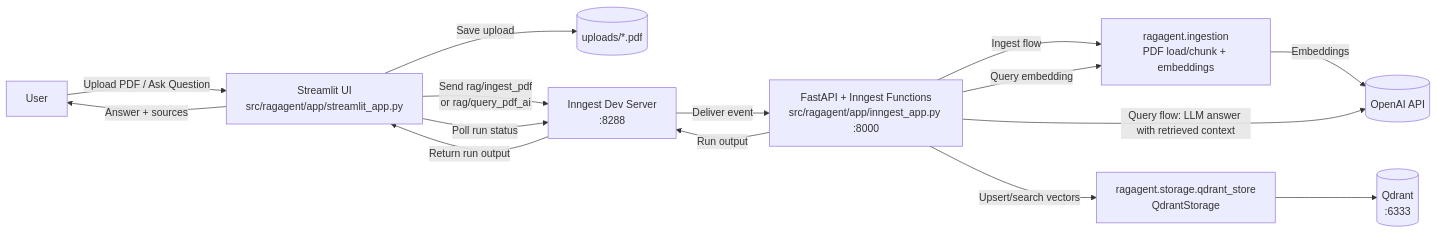
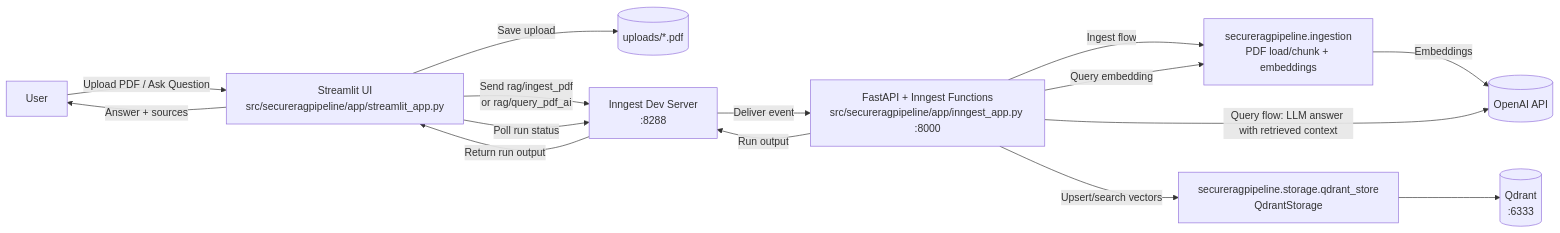
Before and after one commit to mamun39/SecureRAGPipeline: the first of 3 diagrams in docs/runtime-diagrams.md, drawn with Mermaid. The commit also changed other lines of this file and 43 other files, not shown here.

````diff
--- a/docs/runtime-diagrams.md
+++ b/docs/runtime-diagrams.md
@@ -7,29 +7,29 @@
 ```mermaid
 flowchart LR
     U[User]
-    S[Streamlit UI<br/>src/ragagent/app/streamlit_app.py]
+    S[Streamlit UI<br/>src/secureragpipeline/app/streamlit_app.py]
     UP[(uploads/*.pdf)]
     I[Inngest Dev Server<br/>:8288]
-    A[FastAPI + Inngest Functions<br/>src/ragagent/app/inngest_app.py :8000]
-    D[ragagent.ingestion<br/>PDF load/chunk + embeddings]
-    Q[ragagent.storage.qdrant_store<br/>QdrantStorage]
+    A[FastAPI + Inngest Functions<br/>src/secureragpipeline/app/inngest_app.py :8000]
+    D[secureragpipeline.ingestion<br/>PDF load/chunk + embeddings]
+    Q[secureragpipeline.storage.qdrant_store<br/>QdrantStorage]
     V[(Qdrant<br/>:6333)]
     O[(OpenAI API)]
 
     U -->|Upload PDF / Ask Question| S
     S -->|Save upload| UP
     S -->|Send rag/ingest_pdf<br/>or rag/query_pdf_ai| I
     I -->|Deliver event| A
 
     A -->|Ingest flow| D
     A -->|Query embedding| D
     D -->|Embeddings| O
     A -->|Upsert/search vectors| Q
     Q --> V
 
     A -->|Query flow: LLM answer with retrieved context| O
     A -->|Run output| I
     S -->|Poll run status| I
     I -->|Return run output| S
     S -->|Answer + sources| U
 ```
````
